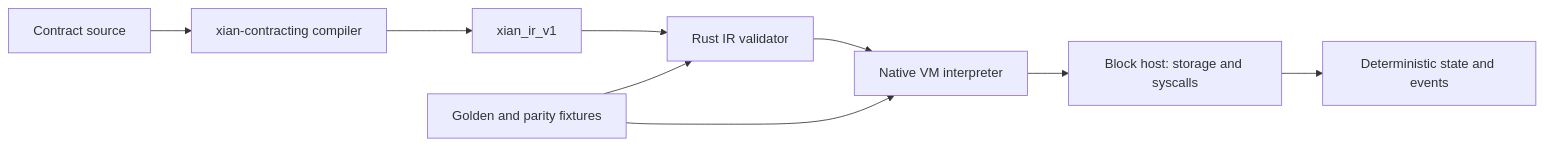
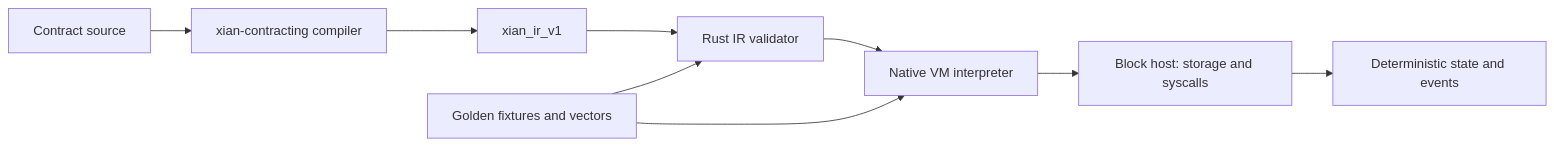
Before and after one commit to xian-technology/xian-contracting: the diagram in packages/xian-vm-core/README.md, drawn with Mermaid. The commit also changed other lines of this file and 75 other files, not shown here.

````diff
--- a/packages/xian-vm-core/README.md
+++ b/packages/xian-vm-core/README.md
@@ -5,11 +5,11 @@
 ```mermaid
 flowchart LR
   Source["Contract source"] --> Compiler["xian-contracting compiler"]
   Compiler --> IR["xian_ir_v1"]
   IR --> Validator["Rust IR validator"]
   Validator --> VM["Native VM interpreter"]
   VM --> Host["Block host: storage and syscalls"]
   Host --> State["Deterministic state and events"]
-  Fixtures["Golden and parity fixtures"] --> Validator
+  Fixtures["Golden fixtures and vectors"] --> Validator
   Fixtures --> VM
 ```
````
